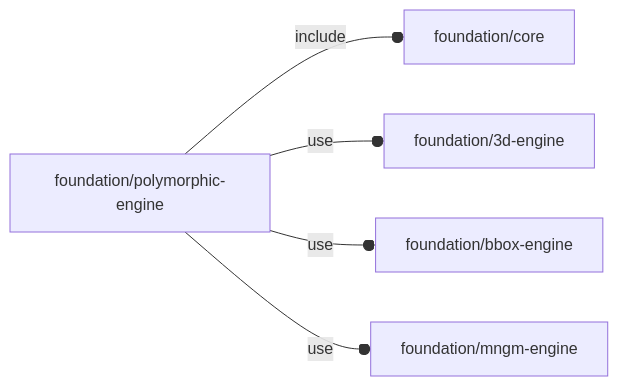
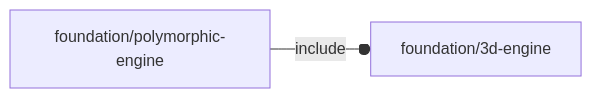
The diagram in orthodocs/foundation/polymorphic-engine.md (ggabbiani/OFL), drawn with Mermaid before and after one commit. The commit also changed 5 other files, not shown here.

````diff
--- a/orthodocs/foundation/polymorphic-engine.md
+++ b/orthodocs/foundation/polymorphic-engine.md
@@ -5,7 +5,4 @@
 ```mermaid
 graph LR
-    A1[foundation/polymorphic-engine] --o|include| A2[foundation/core]
-    A1 --o|use| A3[foundation/3d-engine]
-    A1 --o|use| A4[foundation/bbox-engine]
-    A1 --o|use| A5[foundation/mngm-engine]
+    A1[foundation/polymorphic-engine] --o|include| A2[foundation/3d-engine]
 ```
````
